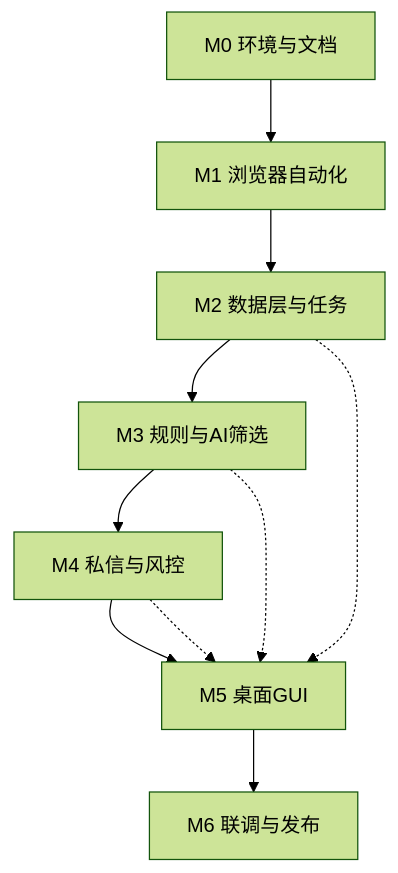
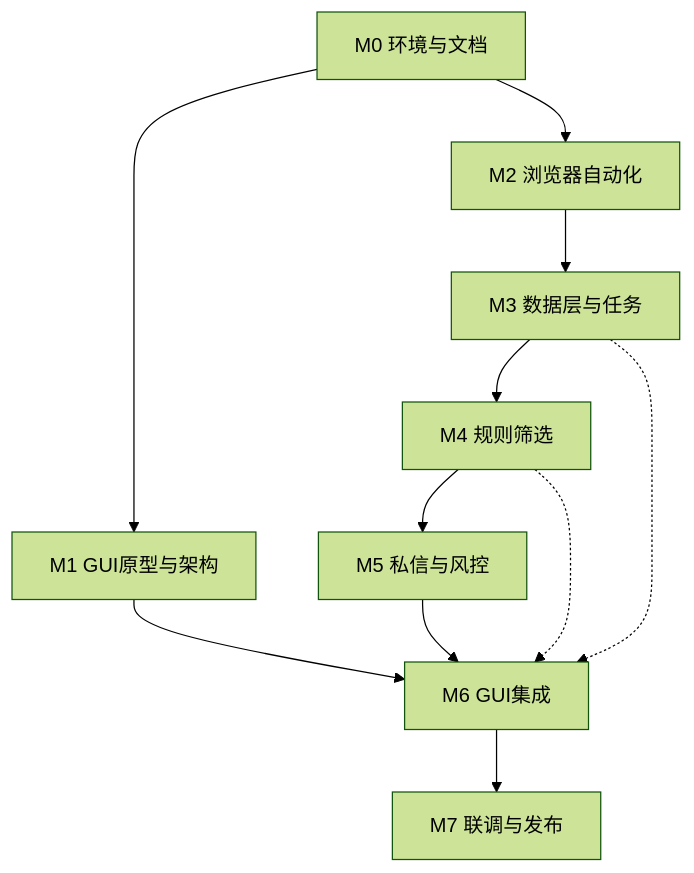
The second of 2 diagrams in docs/00-总览与索引.md (CamarilloG/douyin-reach), drawn with Mermaid (forest theme) before and after one commit. The commit also changed other lines of this file and 58 other files, not shown here.

````diff
--- a/docs/00-总览与索引.md
+++ b/docs/00-总览与索引.md
@@ -69,19 +100,21 @@
 ```mermaid
 flowchart TB
-  M0[M0 环境与文档]
-  M1[M1 浏览器自动化]
-  M2[M2 数据层与任务]
-  M3[M3 规则与AI筛选]
-  M4[M4 私信与风控]
-  M5[M5 桌面GUI]
-  M6[M6 联调与发布]
+  M0["M0 环境与文档"]
+  M1["M1 GUI原型与架构"]
+  M2["M2 浏览器自动化"]
+  M3["M3 数据层与任务"]
+  M4["M4 规则筛选"]
+  M5["M5 私信与风控"]
+  M6["M6 GUI集成"]
+  M7["M7 联调与发布"]
   M0 --> M1
-  M1 --> M2
+  M0 --> M2
+  M1 --> M6
   M2 --> M3
   M3 --> M4
   M4 --> M5
   M5 --> M6
-  M2 -.-> M5
-  M3 -.-> M5
-  M4 -.-> M5
+  M3 -.-> M6
+  M4 -.-> M6
+  M6 --> M7
 ```
````
